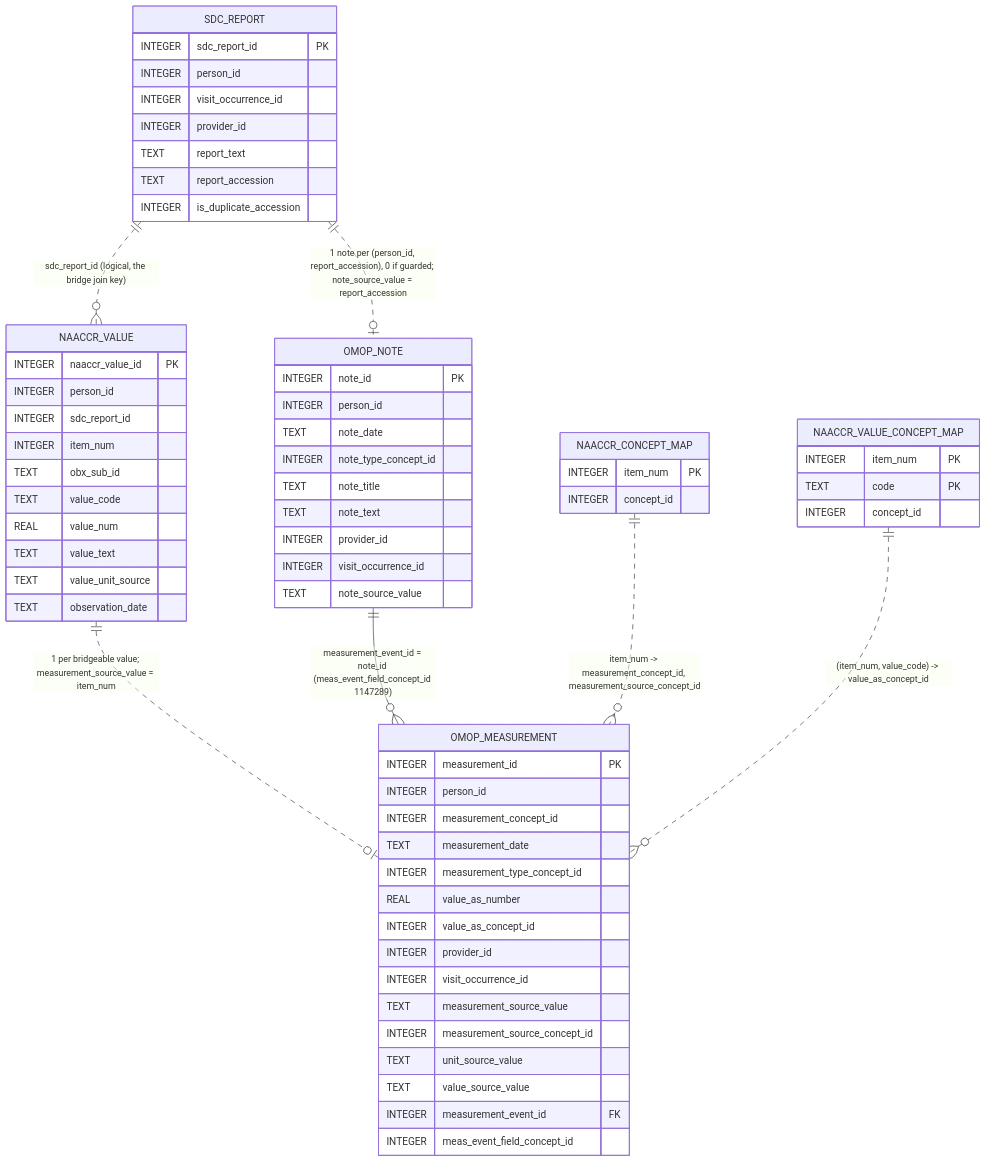
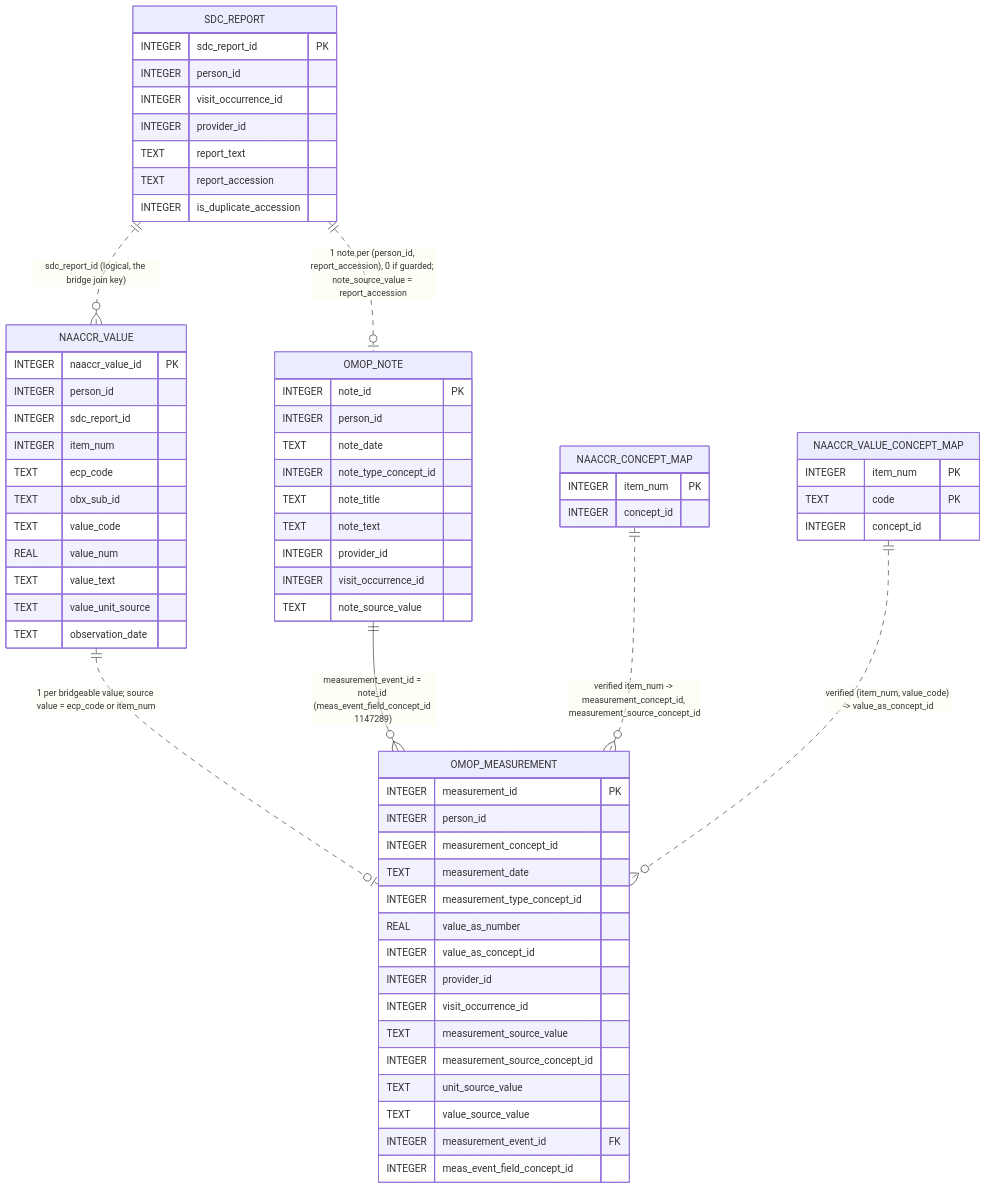
One commit to IHE-SDC-WG/SDC-CDM changed the diagram in diagrams/three-schema/naaccr-sdc-to-omop-bridge.mmd. Above: the diagram before and after it, drawn with Mermaid. The commit also changed 23 other files, not shown here.

First line of the commit message:
Keep CAP eCP codes separate from NAACCR item numbers (#125)

```diff
--- a/diagrams/three-schema/naaccr-sdc-to-omop-bridge.mmd
+++ b/diagrams/three-schema/naaccr-sdc-to-omop-bridge.mmd
@@ -1,110 +1,111 @@
 erDiagram
   %% The naaccr + sdc -> stock OMOP bridge.
   %% Source of truth: database/etl/sqlite/1_naaccr_sdc_to_omop.sql
   %% SQL Server equivalent: database/etl/sqlserver/1_naaccr_sdc_to_omop.sql.
   %% Phase 0 test entry point: the Python SQL splitter executes this script directly.
   %% Prose: database/SCHEMA_ARCHITECTURE.md "Back-reference WITHOUT a crosswalk".
   %% Only the columns the bridge actually reads or writes are shown; entity names are
   %% prefixed with their schema. Line style: solid (--) = enforced FK,
   %% dotted (..) = logical pointer / key join with no enforced FK.
   %% The bridge writes ONLY standard OMOP columns -- there is no crosswalk table, and
   %% OMOP core gains no sdc_*/naaccr_* columns. Going from a measurement back to its
   %% report is a key join, not a stored FK.
   %% Two INSERTs:
   %%   1. omop.note        -- one row per (person_id, report_accession).
   %%   2. omop.measurement -- one row per bridgeable naaccr_value, anchored to that note.
   %% Constants the ETL hardcodes (an ERD cannot express these). All three must exist in
   %% omop.concept before bridging or the FKs fail. Phase 0 bridge tests seed them directly:
   %%   note.note_type_concept_id               = 32817   "EHR"
   %%   measurement.measurement_type_concept_id = 32879   "Registry"
   %%   measurement.meas_event_field_concept_id = 1147289 "note.note_id" -- marks
   %%     measurement_event_id as pointing at note.note_id, and is the filter every
   %%     read-back query uses.
   %% Rows that never bridge (the four guards):
   %%   - sdc_report.report_accession IS NULL or ''
   %%   - sdc_report.is_duplicate_accession != 0   (re-imported message)
   %%   - sdc_report.person_id IS NULL
   %%   - naaccr_value.sdc_report_id IS NULL
-  %% Idempotency is occurrence-aware: for each (sdc_report_id, item_num, value_code,
+  %% Idempotency is occurrence-aware: for each (sdc_report_id, item_num, ecp_code, value_code,
   %% value_num, value_text, value_unit_source) tuple the bridge ROW_NUMBER()s the source rows and inserts only those
   %% beyond the COUNT(*) already in omop.measurement. So legitimate duplicate identical
   %% values are preserved, re-runs are no-ops, and partial loads self-repair.
   %% Because each import stamps its value rows with its own report id, a re-imported
   %% message's values point at a duplicate-flagged report and can never double-count.
   SDC_REPORT {
     INTEGER sdc_report_id PK
     INTEGER person_id
     INTEGER visit_occurrence_id
     INTEGER provider_id
     TEXT report_text
     TEXT report_accession
     INTEGER is_duplicate_accession
   }
 
   NAACCR_VALUE {
     INTEGER naaccr_value_id PK
     INTEGER person_id
     INTEGER sdc_report_id
     INTEGER item_num
+    TEXT ecp_code
     TEXT obx_sub_id
     TEXT value_code
     REAL value_num
     TEXT value_text
     TEXT value_unit_source
     TEXT observation_date
   }
 
   NAACCR_CONCEPT_MAP {
     INTEGER item_num PK
     INTEGER concept_id
   }
 
   NAACCR_VALUE_CONCEPT_MAP {
     INTEGER item_num PK
     TEXT code PK
     INTEGER concept_id
   }
 
   %% Written by INSERT 1. note_source_value carries the report accession -- this is the
   %% only back-reference to sdc.sdc_report.
   OMOP_NOTE {
     INTEGER note_id PK
     INTEGER person_id
     TEXT note_date
     INTEGER note_type_concept_id
     TEXT note_title
     TEXT note_text
     INTEGER provider_id
     INTEGER visit_occurrence_id
     TEXT note_source_value
   }
 
-  %% Written by INSERT 2. measurement_source_value carries the NAACCR item number as
-  %% text; coded answers land in value_as_concept_id and numeric answers in
+  %% Written by INSERT 2. measurement_source_value carries the full CAP ecp_code
+  %% or the verified NAACCR item number; coded answers land in value_as_concept_id and numeric answers in
   %% value_as_number. value_source_value carries companion text when present,
   %% otherwise it carries the raw code.
   OMOP_MEASUREMENT {
     INTEGER measurement_id PK
     INTEGER person_id
     INTEGER measurement_concept_id
     TEXT measurement_date
     INTEGER measurement_type_concept_id
     REAL value_as_number
     INTEGER value_as_concept_id
     INTEGER provider_id
     INTEGER visit_occurrence_id
     TEXT measurement_source_value
     INTEGER measurement_source_concept_id
     TEXT unit_source_value
     TEXT value_source_value
     INTEGER measurement_event_id FK
     INTEGER meas_event_field_concept_id
   }
 
   %% Relationships
   SDC_REPORT ||..o{ NAACCR_VALUE : "sdc_report_id (logical, the bridge join key)"
   SDC_REPORT ||..o| OMOP_NOTE : "1 note per (person_id, report_accession), 0 if guarded; note_source_value = report_accession"
-  NAACCR_VALUE ||..o| OMOP_MEASUREMENT : "1 per bridgeable value; measurement_source_value = item_num"
+  NAACCR_VALUE ||..o| OMOP_MEASUREMENT : "1 per bridgeable value; source value = ecp_code or item_num"
   OMOP_NOTE ||--o{ OMOP_MEASUREMENT : "measurement_event_id = note_id (meas_event_field_concept_id 1147289)"
-  NAACCR_CONCEPT_MAP ||..o{ OMOP_MEASUREMENT : "item_num -> measurement_concept_id, measurement_source_concept_id"
-  NAACCR_VALUE_CONCEPT_MAP ||..o{ OMOP_MEASUREMENT : "(item_num, value_code) -> value_as_concept_id"
+  NAACCR_CONCEPT_MAP ||..o{ OMOP_MEASUREMENT : "verified item_num -> measurement_concept_id, measurement_source_concept_id"
+  NAACCR_VALUE_CONCEPT_MAP ||..o{ OMOP_MEASUREMENT : "verified (item_num, value_code) -> value_as_concept_id"
```
